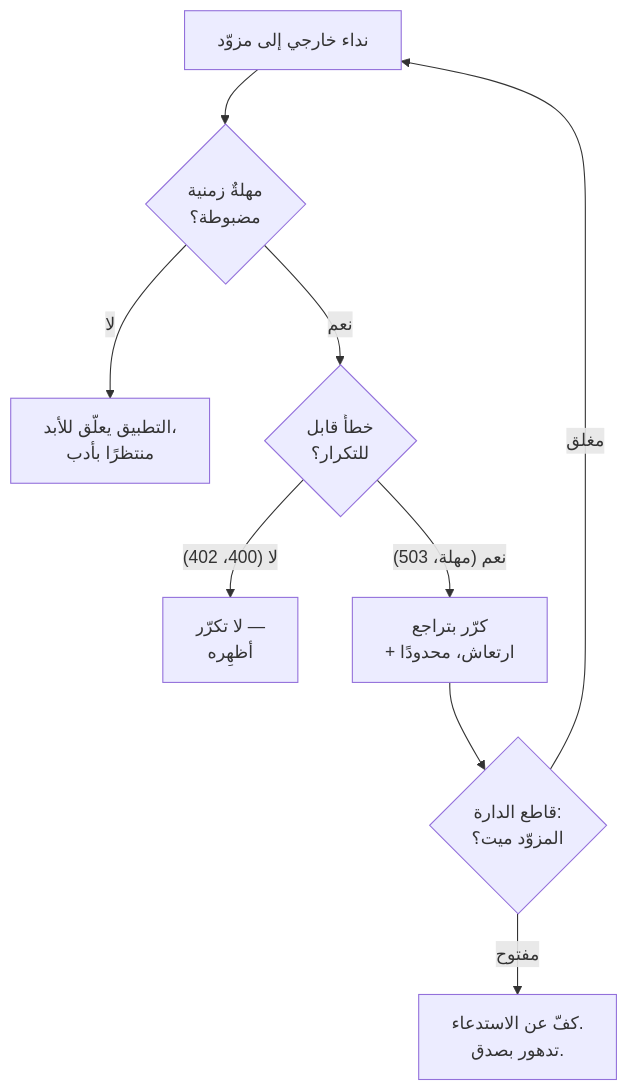
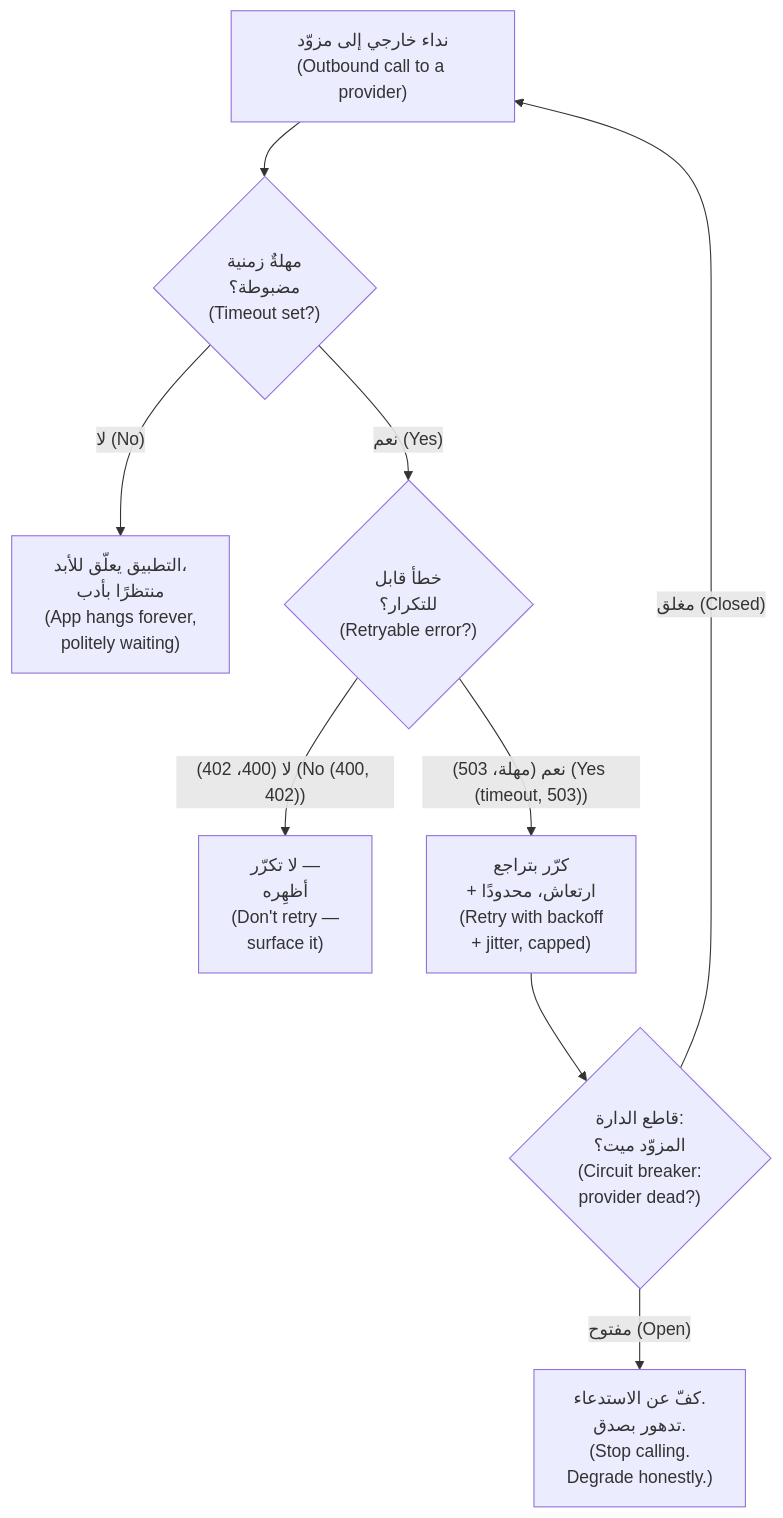
The seventh of 7 diagrams in modules/06-many-clients/module.ar.md (Tamoura/system-design-for-vibe-coders), drawn with Mermaid before and after one commit. The commit also changed other lines of this file and 62 other files, not shown here.

First line of the commit message:
Arabic editions: English on every diagram label, RTL fixes, rebuild

````diff
--- a/modules/06-many-clients/module.ar.md
+++ b/modules/06-many-clients/module.ar.md
@@ -812,11 +812,11 @@
 ```mermaid
 flowchart TD
-    CALL["نداء خارجي إلى مزوّد"] --> T{"مهلةٌ زمنية<br/>مضبوطة؟"}
-    T -->|لا| HANG["التطبيق يعلّق للأبد،<br/>منتظرًا بأدب"]
-    T -->|نعم| R{"خطأٌ قابل<br/>للتكرار؟"}
-    R -->|"لا (400، 402)"| STOP["لا تكرّر —<br/>أظهِره"]
-    R -->|"نعم (مهلة، 503)"| BACK["كرّر بتراجع<br/>+ ارتعاش، محدودًا"]
-    BACK --> CB{"قاطع الدارة:<br/>المزوّد ميت؟"}
-    CB -->|مفتوح| DEGRADE["كفّ عن الاستدعاء.<br/>تدهور بصدق."]
-    CB -->|مغلق| CALL
+    CALL["نداء خارجي إلى مزوّد<br/>(Outbound call to a provider)"] --> T{"مهلةٌ زمنية<br/>مضبوطة؟<br/>(Timeout set?)"}
+    T -->|"لا (No)"| HANG["التطبيق يعلّق للأبد،<br/>منتظرًا بأدب<br/>(App hangs forever,<br/>politely waiting)"]
+    T -->|"نعم (Yes)"| R{"خطأٌ قابل<br/>للتكرار؟<br/>(Retryable error?)"}
+    R -->|"لا (400، 402) (No (400, 402))"| STOP["لا تكرّر —<br/>أظهِره<br/>(Don't retry —<br/>surface it)"]
+    R -->|"نعم (مهلة، 503) (Yes (timeout, 503))"| BACK["كرّر بتراجع<br/>+ ارتعاش، محدودًا<br/>(Retry with backoff<br/>+ jitter, capped)"]
+    BACK --> CB{"قاطع الدارة:<br/>المزوّد ميت؟<br/>(Circuit breaker:<br/>provider dead?)"}
+    CB -->|"مفتوح (Open)"| DEGRADE["كفّ عن الاستدعاء.<br/>تدهور بصدق.<br/>(Stop calling.<br/>Degrade honestly.)"]
+    CB -->|"مغلق (Closed)"| CALL
 ```
````
